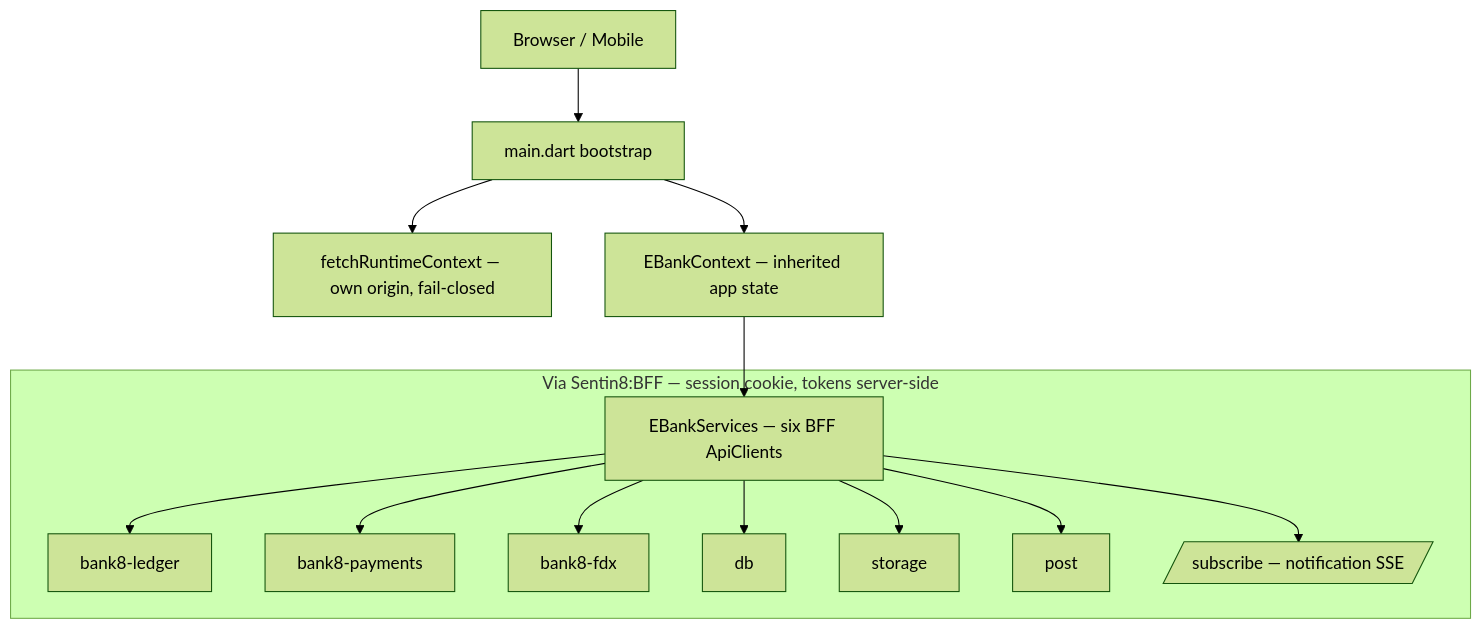
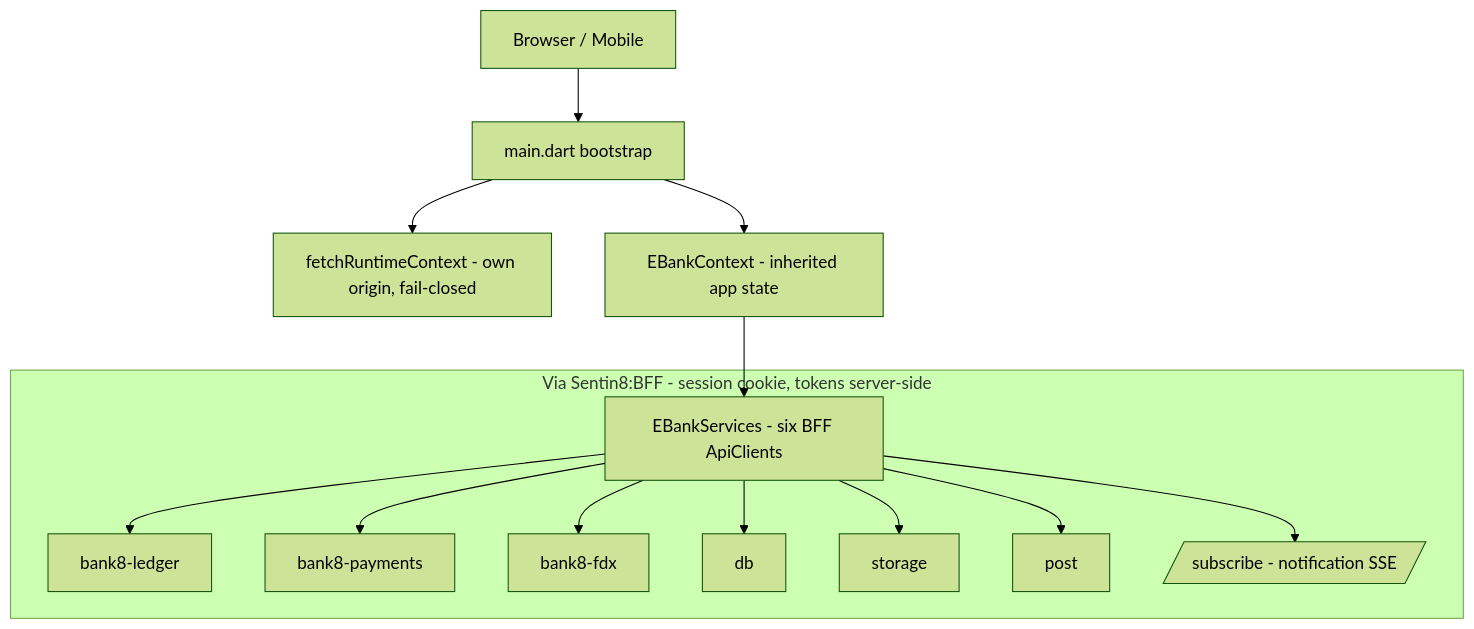
One commit to Bank8-dev/bank8-ebank changed the diagram in README.md. Above: the diagram before and after it, drawn with Mermaid (forest theme). The commit also changed other lines of this file and 10 other files, not shown here.

````diff
--- a/README.md
+++ b/README.md
@@ -30,17 +30,17 @@
 ```mermaid
 graph TD
     B[Browser / Mobile] --> M[main.dart bootstrap]
-    M --> RC[fetchRuntimeContext — own origin, fail-closed]
-    M --> C[EBankContext — inherited app state]
-    C --> S[EBankServices — six BFF ApiClients]
+    M --> RC[fetchRuntimeContext - own origin, fail-closed]
+    M --> C[EBankContext - inherited app state]
+    C --> S[EBankServices - six BFF ApiClients]
 
-    subgraph SGcvnbup["Via Sentin8:BFF — session cookie, tokens server-side"]
+    subgraph SGcvnbup["Via Sentin8:BFF - session cookie, tokens server-side"]
         S --> L[bank8-ledger]
         S --> P[bank8-payments]
         S --> F[bank8-fdx]
         S --> D[db]
         S --> ST[storage]
         S --> PO[post]
-        S --> SSE[/subscribe — notification SSE/]
+        S --> SSE[/subscribe - notification SSE/]
     end
 ```
````
